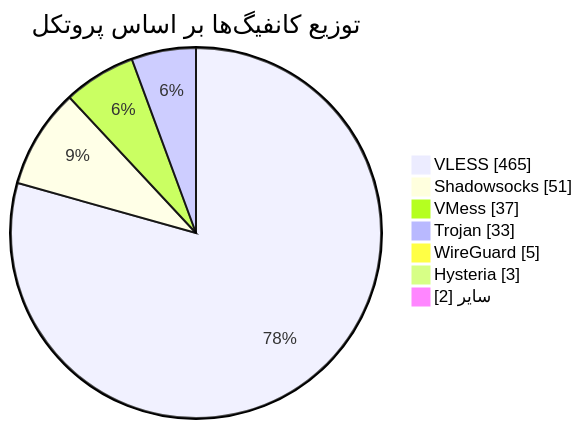
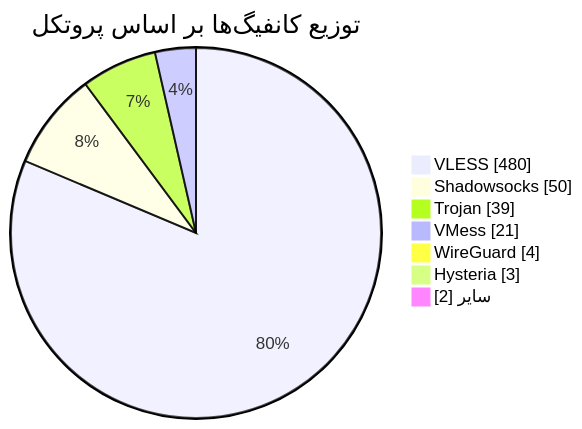
Before and after one commit to Arian-Alijani/Somthing: the diagram in README.md, drawn with Mermaid. The commit also changed other lines of this file and 17 other files, not shown here.

````diff
--- a/README.md
+++ b/README.md
@@ -49,11 +49,11 @@
 ```mermaid
 pie showData
     title توزیع کانفیگ‌ها بر اساس پروتکل
-    "VLESS" : 465
-    "Shadowsocks" : 51
-    "VMess" : 37
-    "Trojan" : 33
-    "WireGuard" : 5
+    "VLESS" : 480
+    "Shadowsocks" : 50
+    "Trojan" : 39
+    "VMess" : 21
+    "WireGuard" : 4
     "Hysteria" : 3
     "سایر" : 2
 ```
````
